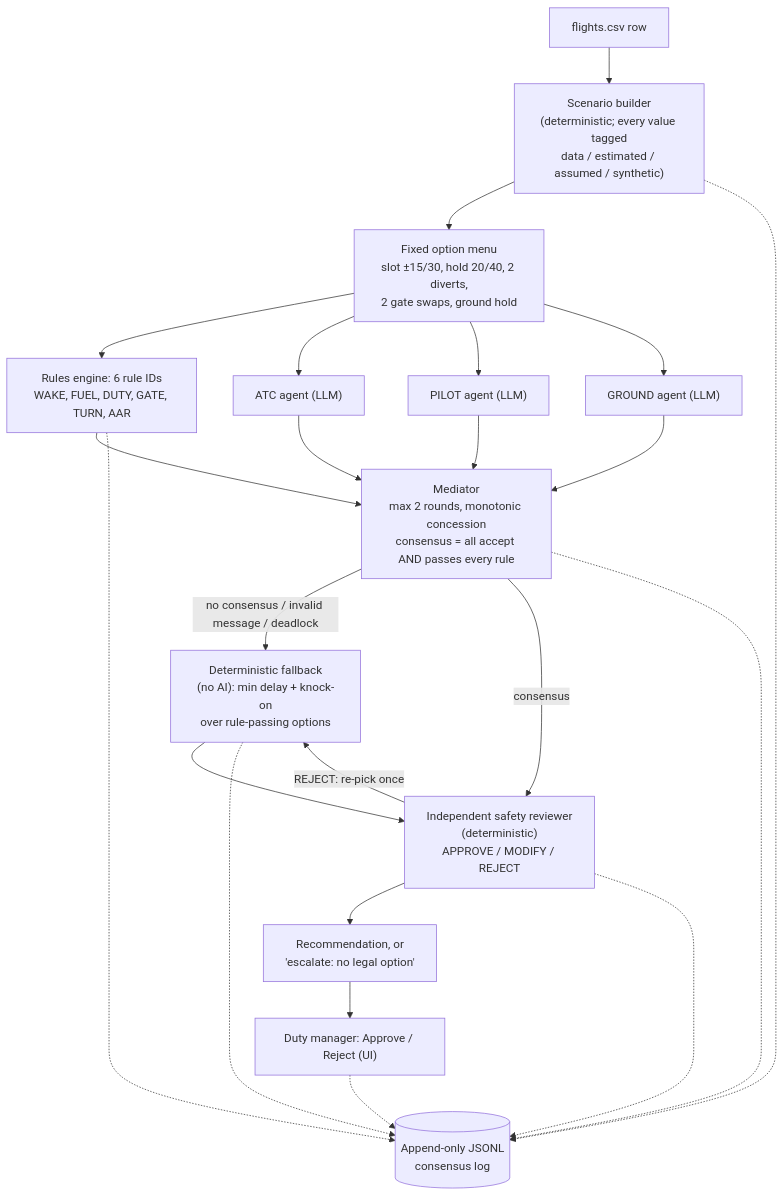
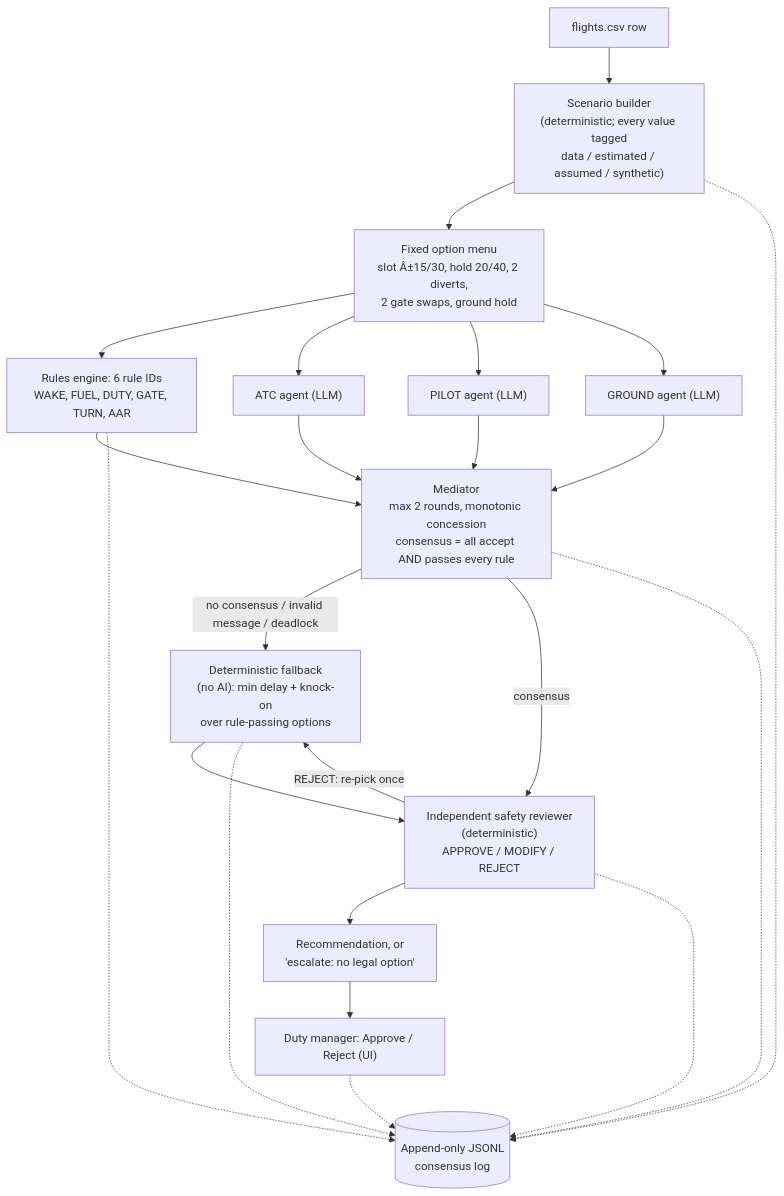
One commit to migreine/SRRW-Solutions changed the diagram in README.md. Above: the diagram before and after it, drawn with Mermaid. The commit also changed other lines of this file and 21 other files, not shown here.

````diff
--- a/README.md
+++ b/README.md
@@ -37,18 +37,18 @@
 ```mermaid
 flowchart TD
     A["flights.csv row"] --> B["Scenario builder<br/>(deterministic; every value tagged<br/>data / estimated / assumed / synthetic)"]
-    B --> C["Fixed option menu<br/>slot ±15/30, hold 20/40, 2 diverts,<br/>2 gate swaps, ground hold"]
+    B --> C["Fixed option menu<br/>slot Â±15/30, hold 20/40, 2 diverts,<br/>2 gate swaps, ground hold"]
     C --> D["Rules engine: 6 rule IDs<br/>WAKE, FUEL, DUTY, GATE, TURN, AAR"]
     C --> E["ATC agent (LLM)"]
     C --> F["PILOT agent (LLM)"]
     C --> G["GROUND agent (LLM)"]
     E & F & G --> H["Mediator<br/>max 2 rounds, monotonic concession<br/>consensus = all accept AND passes every rule"]
     D --> H
     H -- "no consensus / invalid message / deadlock" --> I["Deterministic fallback<br/>(no AI): min delay + knock-on<br/>over rule-passing options"]
     H -- consensus --> J["Independent safety reviewer<br/>(deterministic)<br/>APPROVE / MODIFY / REJECT"]
     I --> J
     J -- "REJECT: re-pick once" --> I
     J --> K["Recommendation, or<br/>'escalate: no legal option'"]
     K --> L["Duty manager: Approve / Reject (UI)"]
     B & D & H & I & J & L -.-> M[("Append-only JSONL<br/>consensus log")]
 ```
````
